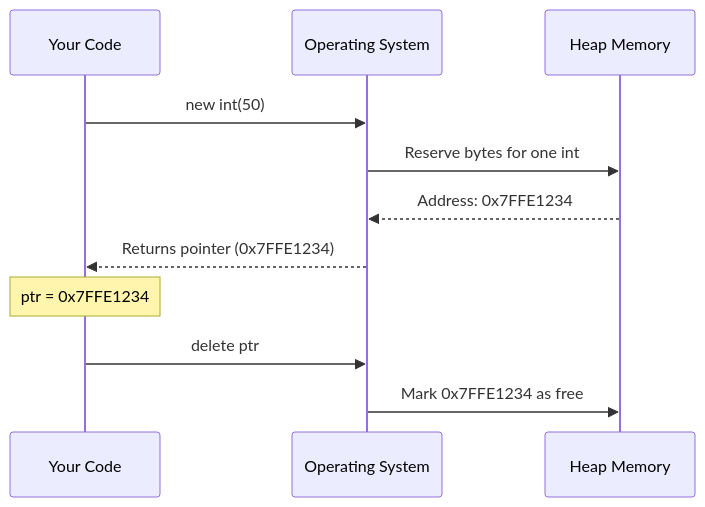
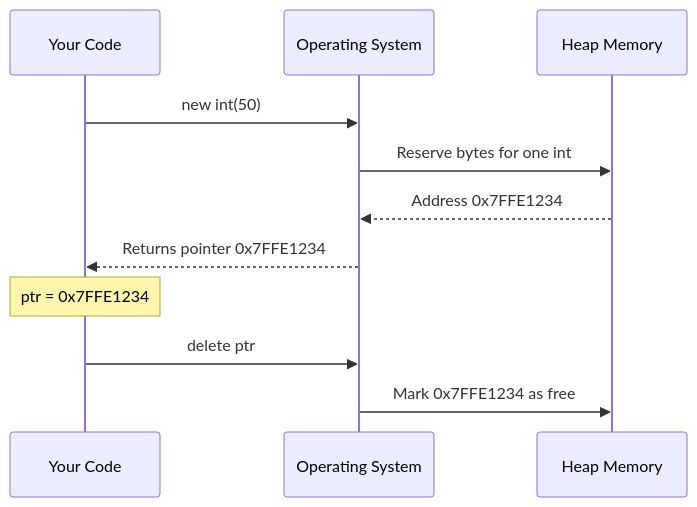
The second of 22 diagrams in 02-Object-Oriented-Programming/40_masteringPointersAndDynamicMemory.md (sakshamsontakke/Mastering-CPP), drawn with Mermaid before and after one commit. The commit also changed other lines of this file, not shown here.

````diff
--- a/02-Object-Oriented-Programming/40_masteringPointersAndDynamicMemory.md
+++ b/02-Object-Oriented-Programming/40_masteringPointersAndDynamicMemory.md
@@ -112,14 +111,14 @@
 ```mermaid
 sequenceDiagram
     participant Code as Your Code
     participant OS as Operating System
     participant Heap as Heap Memory
 
     Code->>OS: new int(50)
     OS->>Heap: Reserve bytes for one int
-    Heap-->>OS: Address: 0x7FFE1234
-    OS-->>Code: Returns pointer (0x7FFE1234)
+    Heap-->>OS: Address 0x7FFE1234
+    OS-->>Code: Returns pointer 0x7FFE1234
     Note over Code: ptr = 0x7FFE1234
     Code->>OS: delete ptr
     OS->>Heap: Mark 0x7FFE1234 as free
 ```
````
